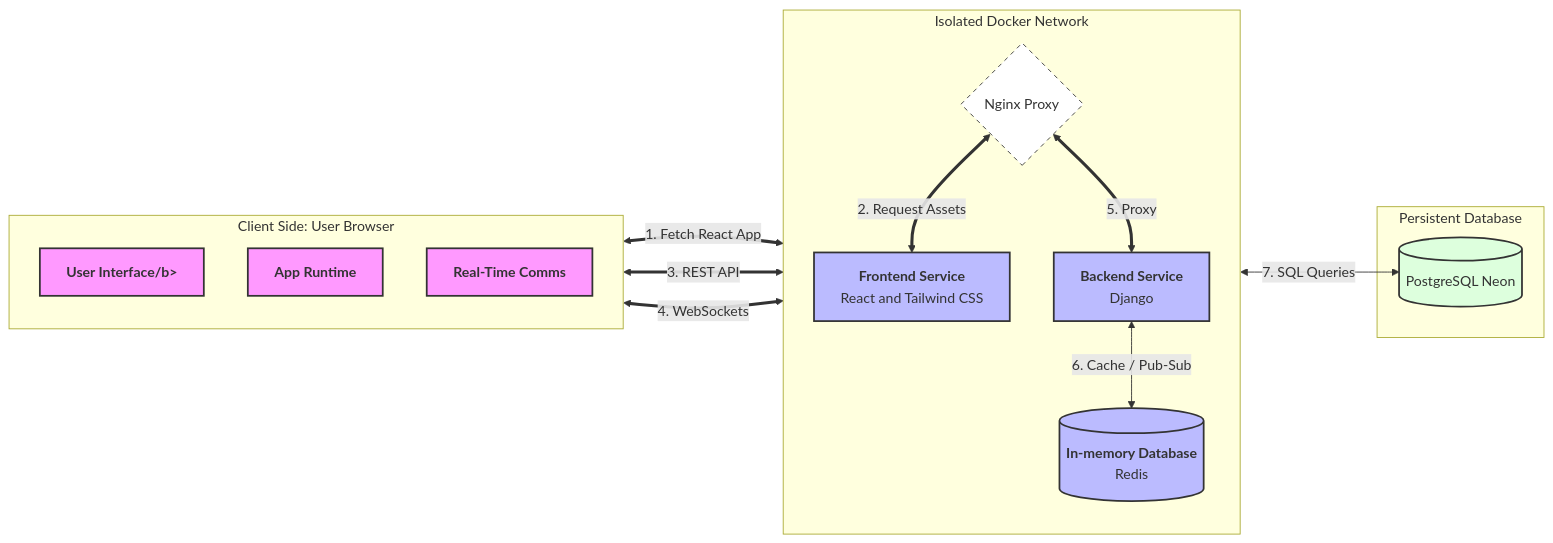
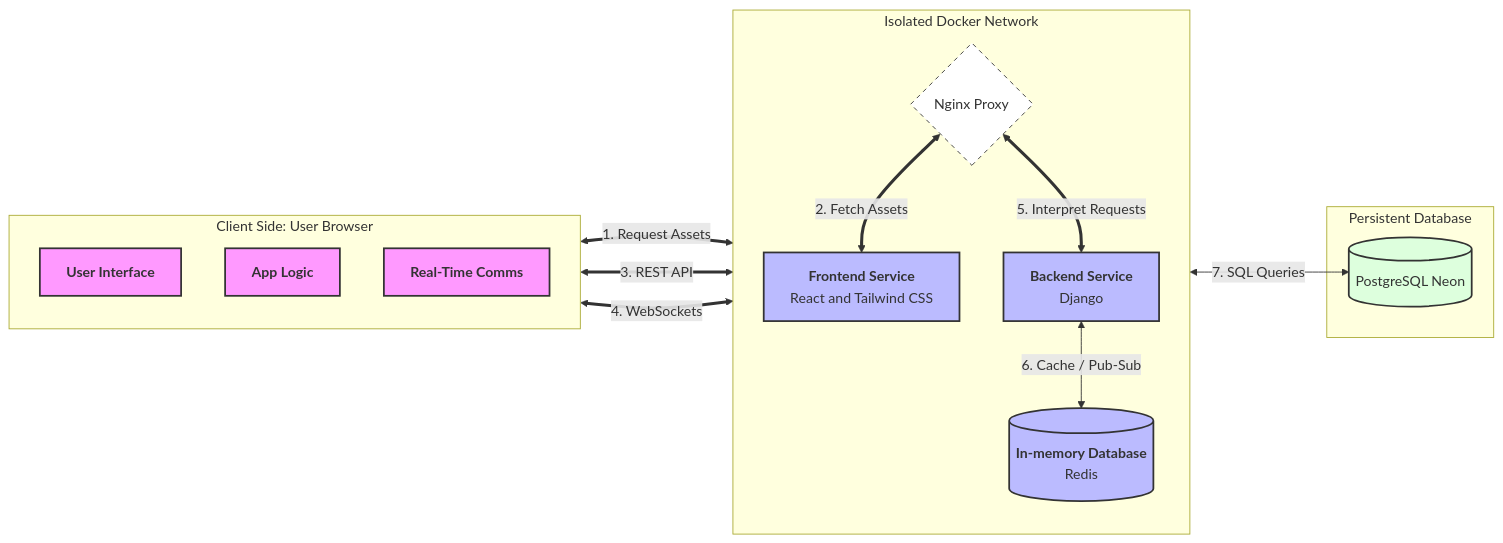
The first of 2 diagrams in README.md (antekgorski/ft_transcendence), drawn with Mermaid before and after one commit.

Commit message:
Reorganized Mermaid diagram

````diff
--- a/README.md
+++ b/README.md
@@ -70,45 +70,45 @@
 ```mermaid
 flowchart LR
     subgraph Client [Client Side: User Browser]
         direction TB
-        UI[<b>User Interface/b>]
-        Logic[<b>App Runtime</b>]
+        UI[<b>User Interface</b>]
+        Logic[<b>App Logic</b>]
         WS_C[<b>Real-Time Comms</b>]
     end
 
     subgraph Internal [Isolated Docker Network]
         direction TB
         Nginx{Nginx Proxy}
         FE[<b>Frontend Service</b><br/>React and Tailwind CSS]
         BE[<b>Backend Service</b><br/>Django]
         RD[(<b>In-memory Database</b><br/>Redis)]
     end
 
     subgraph Persistence [Persistent Database]
         DB[(PostgreSQL Neon)]
     end
 
     %% Phase 1: Application Loading
-    UI <==>|1. Fetch React App| Nginx
-    Nginx <==>|2. Request Assets| FE
+    UI <==>|1. Request Assets| Nginx
+    Nginx <==>|2. Fetch Assets| FE
 
     %% Phase 2: Runtime API/WS
     Logic <==>|3. REST API| Nginx
     WS_C <==>|4. WebSockets| Nginx
-    Nginx <==>|5. Proxy| BE
+    Nginx <==>|5. Interpret Requests| BE
 
     %% Internal Communication
     BE <-->|6. Cache / Pub-Sub| RD
     BE <-->|7. SQL Queries| DB
 
     %% Styling
     classDef browser fill:#f9f,stroke:#333,stroke-width:2px;
     classDef container fill:#bbf,stroke:#333,stroke-width:2px;
     classDef proxy fill:#fff,stroke:#333,stroke-dasharray: 5 5;
     classDef storage fill:#dfd,stroke:#333,stroke-width:2px;
     
     class UI,Logic,WS_C browser;
     class FE,BE,RD container;
     class Nginx proxy;
     class DB storage;
 ```
````
